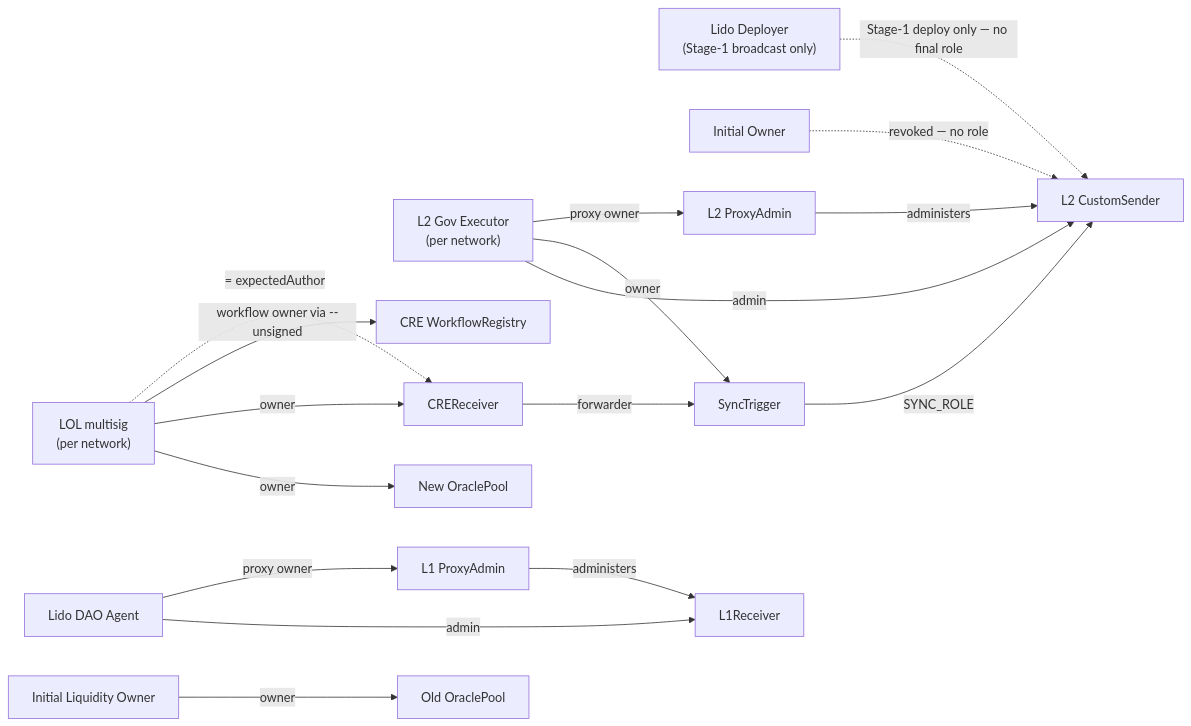
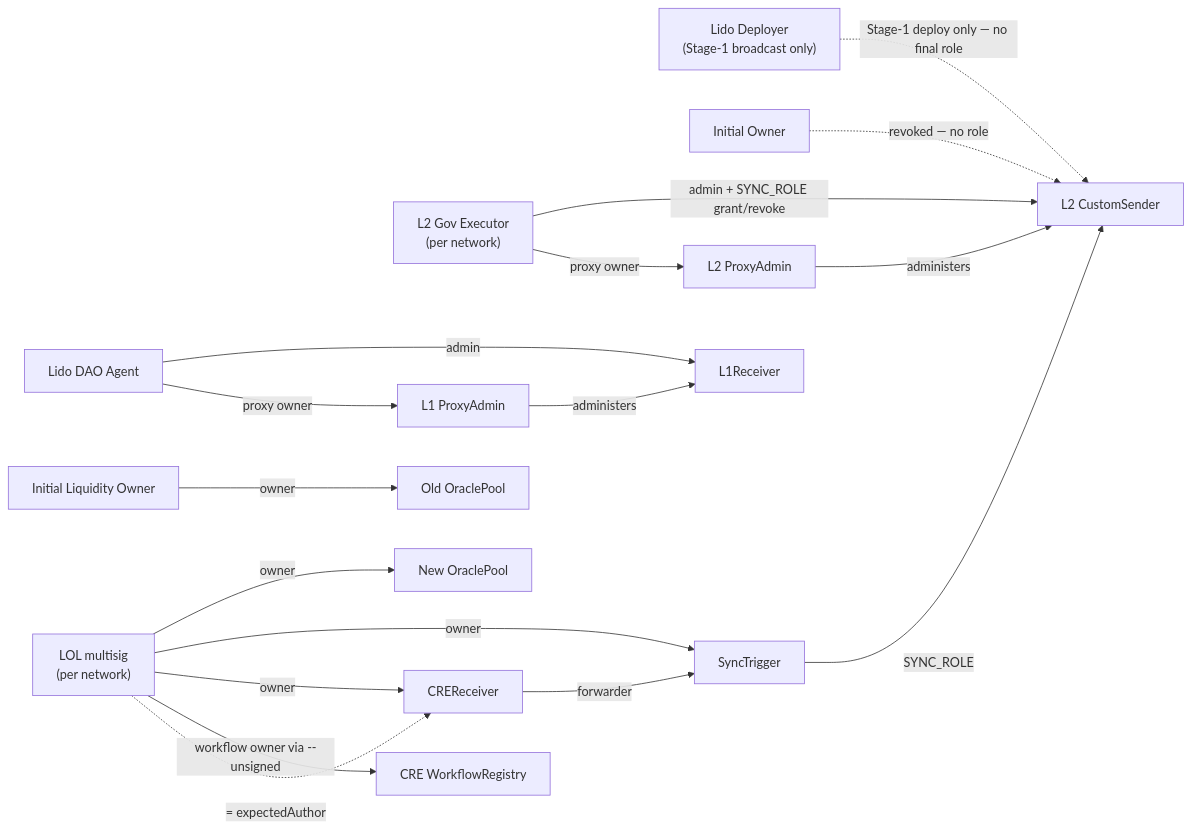
Before and after one commit to lidofinance/l2-direct-staking: the second of 2 diagrams in DOC.md, drawn with Mermaid. The commit also changed other lines of this file and 14 other files, not shown here.

Commit message:
feat: transfer SyncTrigger ownership to LOL multisig

````diff
--- a/DOC.md
+++ b/DOC.md
@@ -454,41 +458,41 @@
 ```mermaid
 flowchart LR
     DAO["Lido DAO Agent"]
     GOV["L2 Gov Executor<br/>(per network)"]
     LOL["LOL multisig<br/>(per network)"]
     DEP["Lido Deployer<br/>(Stage-1 broadcast only)"]
     IO["Initial Owner"]
     ILO["Initial Liquidity Owner"]
 
     L1R["L1Receiver"]
     L1PA["L1 ProxyAdmin"]
     CS["L2 CustomSender"]
     L2PA["L2 ProxyAdmin"]
     ST["SyncTrigger"]
     NEW["New OraclePool"]
     OLD["Old OraclePool"]
     CRER["CREReceiver"]
     WFREG["CRE WorkflowRegistry"]
 
     DAO -->|admin| L1R
     DAO -->|proxy owner| L1PA
     L1PA -->|administers| L1R
 
-    GOV -->|admin| CS
-    GOV -->|owner| ST
+    GOV -->|admin + SYNC_ROLE grant/revoke| CS
     GOV -->|proxy owner| L2PA
     L2PA -->|administers| CS
 
     LOL -->|owner| NEW
+    LOL -->|owner| ST
     LOL -->|owner| CRER
     LOL -->|workflow owner via --unsigned| WFREG
     LOL -.->|= expectedAuthor| CRER
 
     DEP -.->|Stage-1 deploy only — no final role| CS
 
     ST -->|SYNC_ROLE| CS
     CRER -->|forwarder| ST
 
     ILO -->|owner| OLD
     IO -.->|revoked — no role| CS
 ```
````
